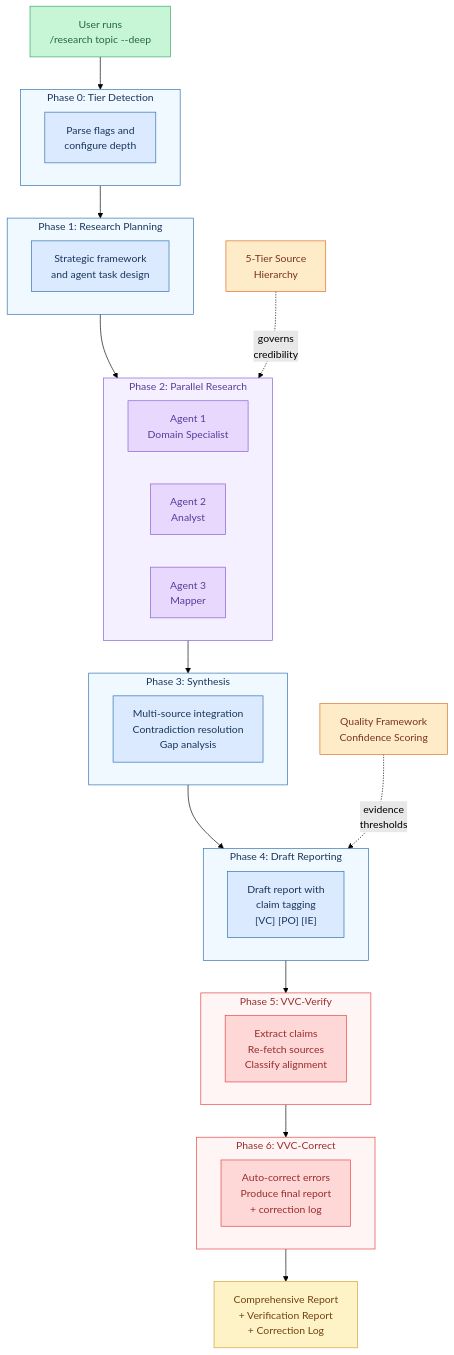
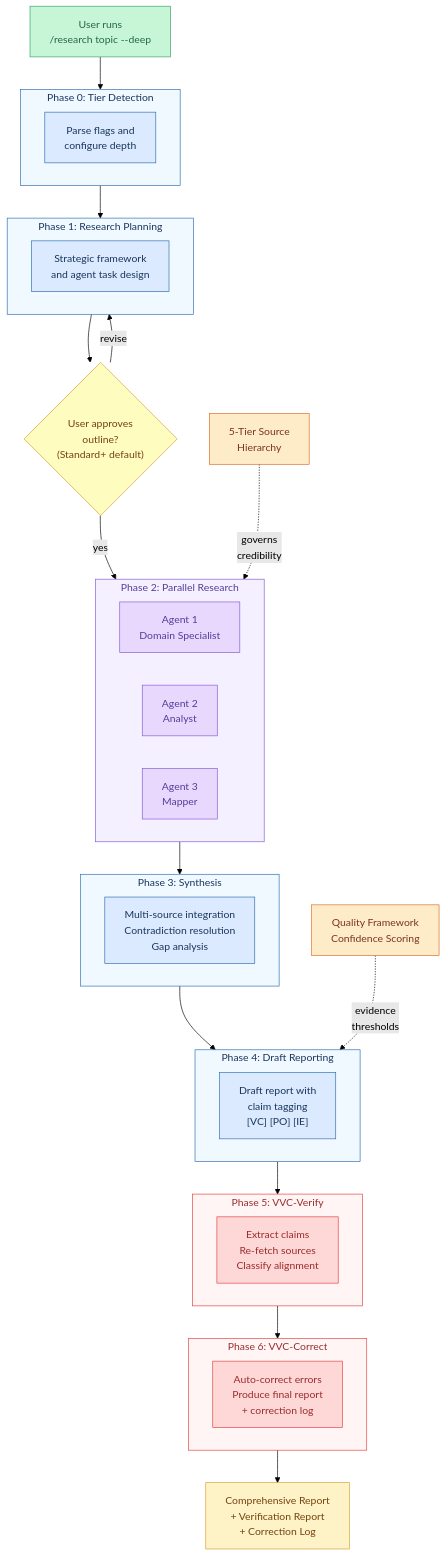
Before and after one commit to reggiechan74/deep-research-engine-creator: the second of 2 diagrams in README.md, drawn with Mermaid (forest theme). The commit also changed other lines of this file and 2 other files, not shown here.

Commit message:
release: v1.4.0 — context isolation

````diff
--- a/README.md
+++ b/README.md
@@ -350,73 +351,80 @@
 ```mermaid
 flowchart TD
     TOPIC["User runs<br/>/research topic --deep"]
 
     subgraph P0["Phase 0: Tier Detection"]
         PARSE["Parse flags and<br/>configure depth"]
     end
 
     subgraph P1["Phase 1: Research Planning"]
         PLAN["Strategic framework<br/>and agent task design"]
     end
+
+    GATE{"User approves<br/>outline?<br/>(Standard+ default)"}
 
     subgraph P2["Phase 2: Parallel Research"]
         direction LR
         A1["Agent 1<br/>Domain Specialist"]
         A2["Agent 2<br/>Analyst"]
         A3["Agent 3<br/>Mapper"]
     end
 
     subgraph P3["Phase 3: Synthesis"]
         SYN["Multi-source integration<br/>Contradiction resolution<br/>Gap analysis"]
     end
 
     subgraph P4["Phase 4: Draft Reporting"]
         DRAFT["Draft report with<br/>claim tagging<br/>[VC] [PO] [IE]"]
     end
 
     subgraph P5["Phase 5: VVC-Verify"]
         VER["Extract claims<br/>Re-fetch sources<br/>Classify alignment"]
     end
 
     subgraph P6["Phase 6: VVC-Correct"]
         COR["Auto-correct errors<br/>Produce final report<br/>+ correction log"]
     end
 
     SOURCES["5-Tier Source<br/>Hierarchy"]
     QUALITY["Quality Framework<br/>Confidence Scoring"]
     REPORT["Comprehensive Report<br/>+ Verification Report<br/>+ Correction Log"]
 
     TOPIC --> P0
     P0 --> P1
-    P1 --> P2
+    P1 --> GATE
+    GATE -->|"yes"| P2
+    GATE -->|"revise"| P1
     SOURCES -.->|"governs<br/>credibility"| P2
     P2 --> P3
     P3 --> P4
     QUALITY -.->|"evidence<br/>thresholds"| P4
     P4 --> P5
     P5 --> P6
     P6 --> REPORT
 
     classDef phase fill:#dbeafe,stroke:#2b6cb0,color:#1a365d
     classDef agent fill:#e9d8fd,stroke:#805ad5,color:#553c9a
     classDef vvc fill:#fed7d7,stroke:#e53e3e,color:#9b2c2c
     classDef input fill:#c6f6d5,stroke:#38a169,color:#276749
     classDef support fill:#feebc8,stroke:#dd6b20,color:#7b341e
     classDef output fill:#fef3c7,stroke:#d69e2e,color:#744210
 
     class PARSE,PLAN,SYN phase
     class A1,A2,A3 agent
     class DRAFT phase
     class VER,COR vvc
+    classDef gate fill:#fefcbf,stroke:#d69e2e,color:#744210
+
     class TOPIC input
     class SOURCES,QUALITY support
     class REPORT output
+    class GATE gate
 
     style P0 fill:#f0f9ff,stroke:#2b6cb0,color:#1a365d
     style P1 fill:#f0f9ff,stroke:#2b6cb0,color:#1a365d
     style P2 fill:#f5f0ff,stroke:#805ad5,color:#553c9a
     style P3 fill:#f0f9ff,stroke:#2b6cb0,color:#1a365d
     style P4 fill:#f0f9ff,stroke:#2b6cb0,color:#1a365d
     style P5 fill:#fff5f5,stroke:#e53e3e,color:#9b2c2c
     style P6 fill:#fff5f5,stroke:#e53e3e,color:#9b2c2c
 ```
````
